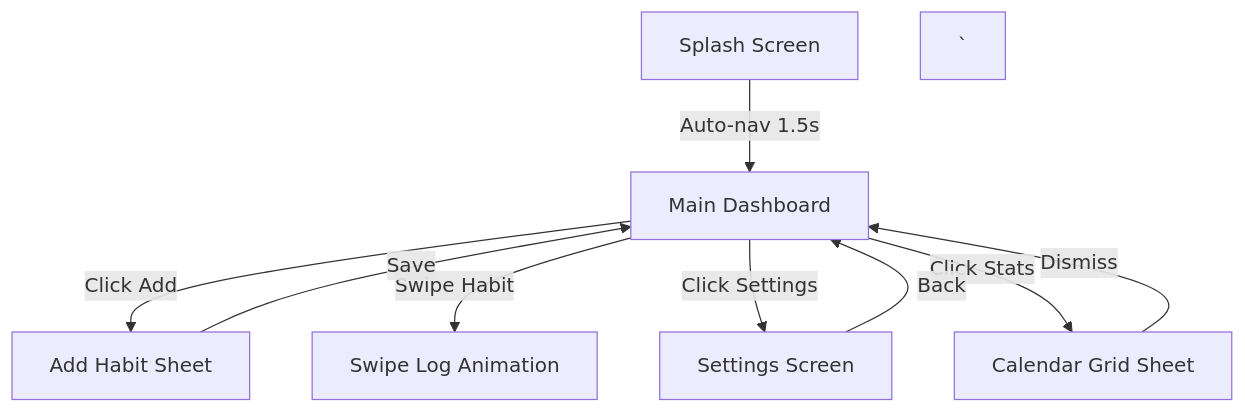
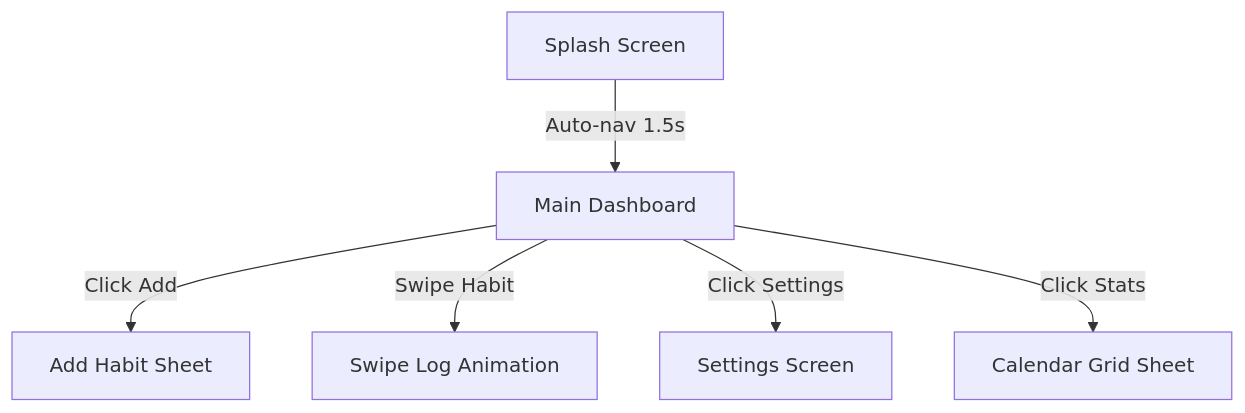
Before and after one commit to Savior-Systems/Savior-Systems-Android-Projects: the diagram in 03. MicroHabit Tracker/03.FUNCTIONAL-FLOWS.md, drawn with Mermaid. The commit also changed other lines of this file and 452 other files, not shown here.

````diff
--- a/03. MicroHabit Tracker/03.FUNCTIONAL-FLOWS.md
+++ b/03. MicroHabit Tracker/03.FUNCTIONAL-FLOWS.md
@@ -9,12 +9,8 @@
 ```mermaid
 graph TD
     Splash[Splash Screen] -->|Auto-nav 1.5s| Dashboard[Main Dashboard]
     Dashboard -->|Click Add| AddHabit[Add Habit Sheet]
     Dashboard -->|Swipe Habit| LogCheck[Swipe Log Animation]
     Dashboard -->|Click Settings| SettingsScreen[Settings Screen]
     Dashboard -->|Click Stats| StatsCalendar[Calendar Grid Sheet]
-`
-    AddHabit -->|Save| Dashboard
-    SettingsScreen -->|Back| Dashboard
-    StatsCalendar -->|Dismiss| Dashboard
 ```
````
